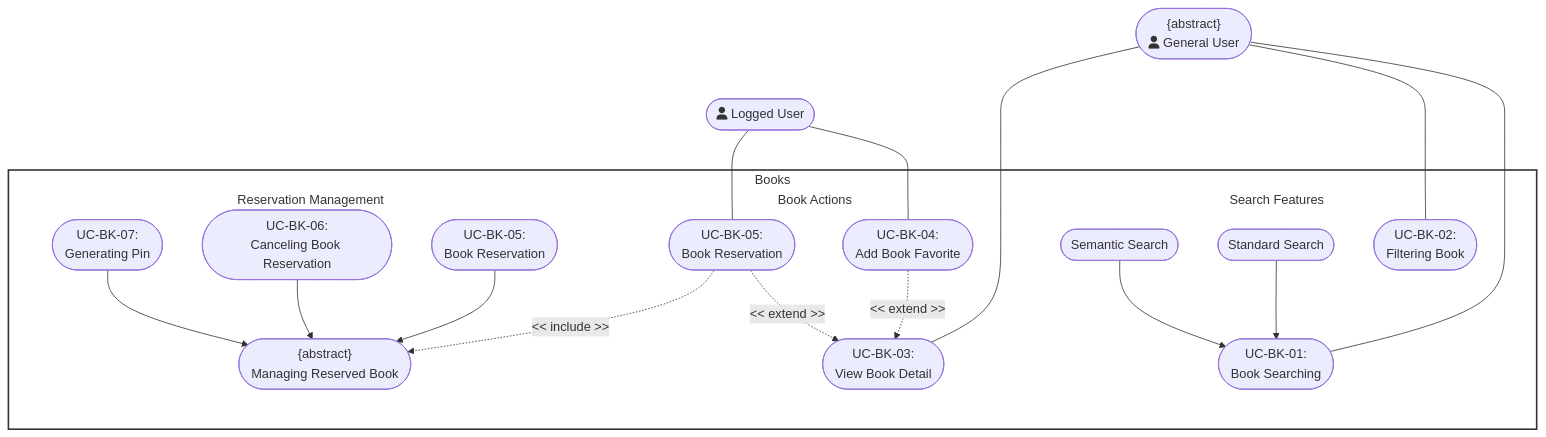
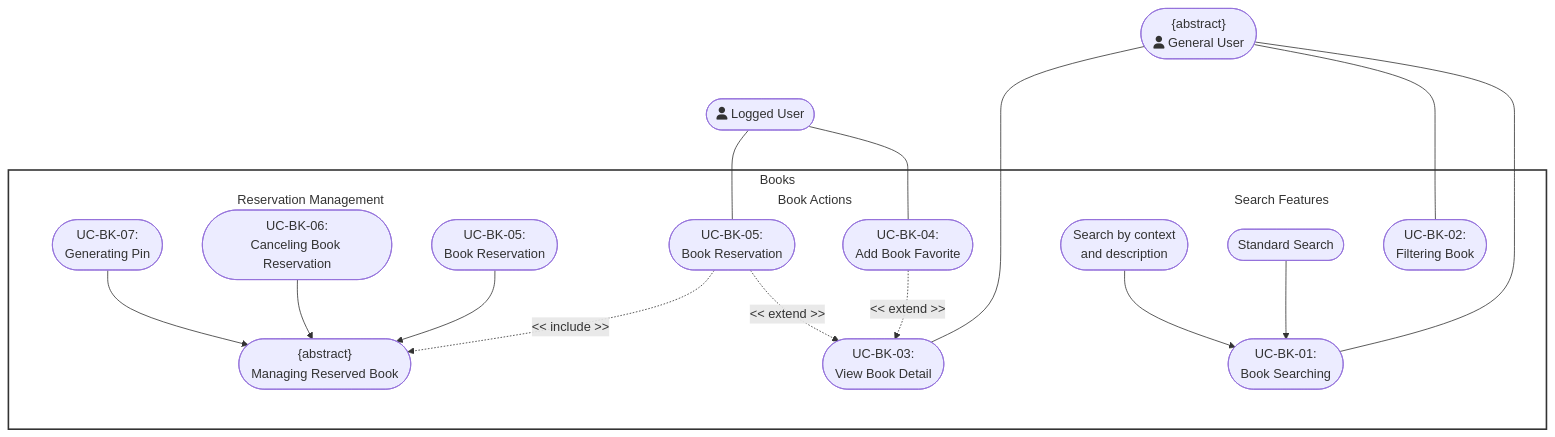
The fourth of 9 diagrams in docs/management/PA3/Use-CaseDiagram.md (DuyNhat1705/AmeThyst-Library), drawn with Mermaid before and after one commit. The commit also changed other lines of this file and 2 other files, not shown here.

Commit message:
update uc diagram

````diff
--- a/docs/management/PA3/Use-CaseDiagram.md
+++ b/docs/management/PA3/Use-CaseDiagram.md
@@ -142,65 +140,65 @@
 ```mermaid
 flowchart TD
     %% Actors 
-    Actor1(["<center>{abstract} <br> fa:fa-user General User</center>"])
-    Actor2(["fa:fa-user Logged User"])
+    Actor1(["<center>{abstract}<br>fa:fa-user General User</center>"])
+    Actor2(["<center>fa:fa-user Logged User</center>"])
 
     %% System Boundary Subgraph
     subgraph BooksSystem [Books]
         %% Column 1: Search & Filter Features
         subgraph SearchBlock [Search Features]
-            UC_StdSearch([Standard Search])
-            UC_SemSearch([Semantic Search])
+            UC_StdSearch(["<center>Standard Search</center>"])
+            UC_SemSearch(["<center>Search by context<br>and description</center>"])
             UC_AbsSearching(["<center>UC-BK-01:<br>Book Searching</center>"])
-            UC_Filter([UC-BK-02:<br>Filtering Book])
+            UC_Filter(["<center>UC-BK-02:<br>Filtering Book</center>"])
         end
         
         %% Column 2: Book Actions
         subgraph ActionBlock [Book Actions]
-            UC_ViewDetail([UC-BK-03:<br>View Book Detail])
-            UC_AddFav([UC-BK-04:<br>Add Book Favorite])
-            UC_Reserve([UC-BK-05:<br>Book Reservation])
+            UC_ViewDetail(["<center>UC-BK-03:<br>View Book Detail</center>"])
+            UC_AddFav(["<center>UC-BK-04:<br>Add Book Favorite</center>"])
+            UC_Reserve(["<center>UC-BK-05:<br>Book Reservation</center>"])
         end
         
         %% Column 3: Reservation Management
         subgraph ReserveBlock [Reservation Management]
             UC_AbsManageReserve(["<center>{abstract}<br>Managing Reserved Book</center>"])
-            UC_CreateReserve([UC-BK-05:<br>Book Reservation])
-            UC_CancelReserve([UC-BK-06:<br>Canceling Book Reservation])
-            UC_GenPin([UC-BK-07:<br>Generating Pin])
+            UC_CreateReserve(["<center>UC-BK-05:<br>Book Reservation</center>"])
+            UC_CancelReserve(["<center>UC-BK-06:<br>Canceling Book Reservation</center>"])
+            UC_GenPin(["<center>UC-BK-07:<br>Generating Pin</center>"])
         end
     end
 
     %% -------------------------------------------------------------
     %% Actor Associations
     %% -------------------------------------------------------------
     Actor1 --- UC_AbsSearching
     Actor1 --- UC_Filter
     Actor1 --- UC_ViewDetail
     Actor2 --- UC_AddFav
     Actor2 --- UC_Reserve
     Actor1 ~~~ Actor2
 
     %% -------------------------------------------------------------
     %% Generalization Relationships
     %% -------------------------------------------------------------
     UC_StdSearch --> UC_AbsSearching
     UC_SemSearch --> UC_AbsSearching
     
     UC_CreateReserve --> UC_AbsManageReserve
     UC_CancelReserve --> UC_AbsManageReserve
     UC_GenPin --> UC_AbsManageReserve
 
     %% -------------------------------------------------------------
     %% Extend & Include Relationships
     %% -------------------------------------------------------------
     UC_AddFav -. "<< extend >>" .-> UC_ViewDetail
     UC_Reserve -. "<< extend >>" .-> UC_ViewDetail
     UC_Reserve -. "<< include >>" .-> UC_AbsManageReserve
 
     %% Styling
     style BooksSystem fill:#fff,stroke:#333,stroke-width:2px
     style SearchBlock fill:none,stroke:none
     style ActionBlock fill:none,stroke:none
     style ReserveBlock fill:none,stroke:none
 ```
````
